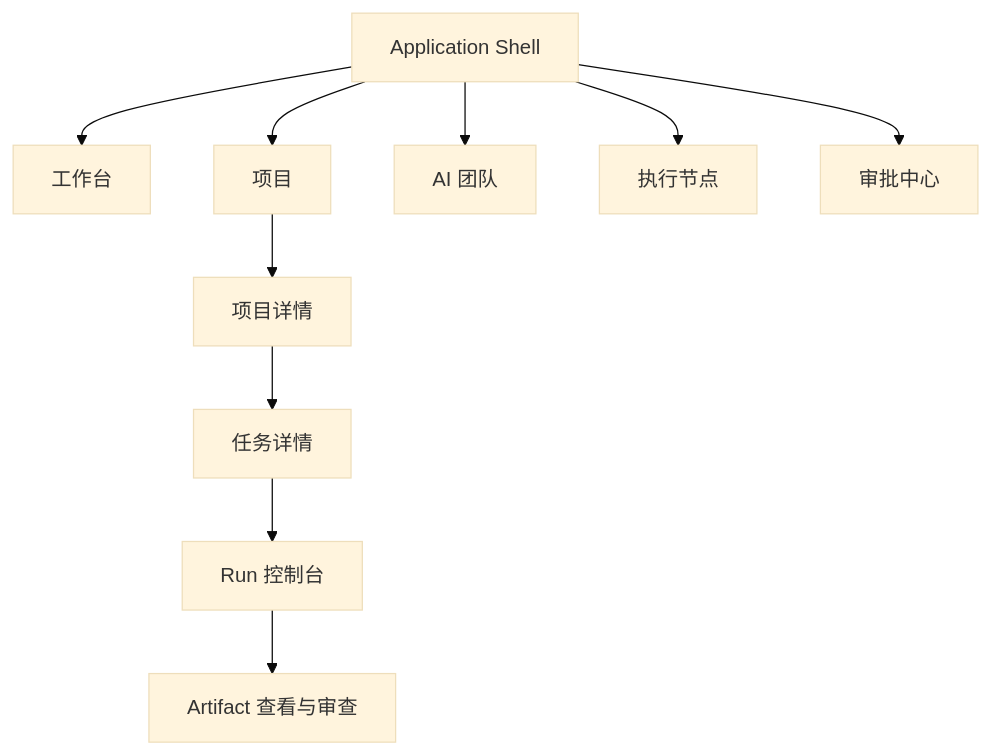
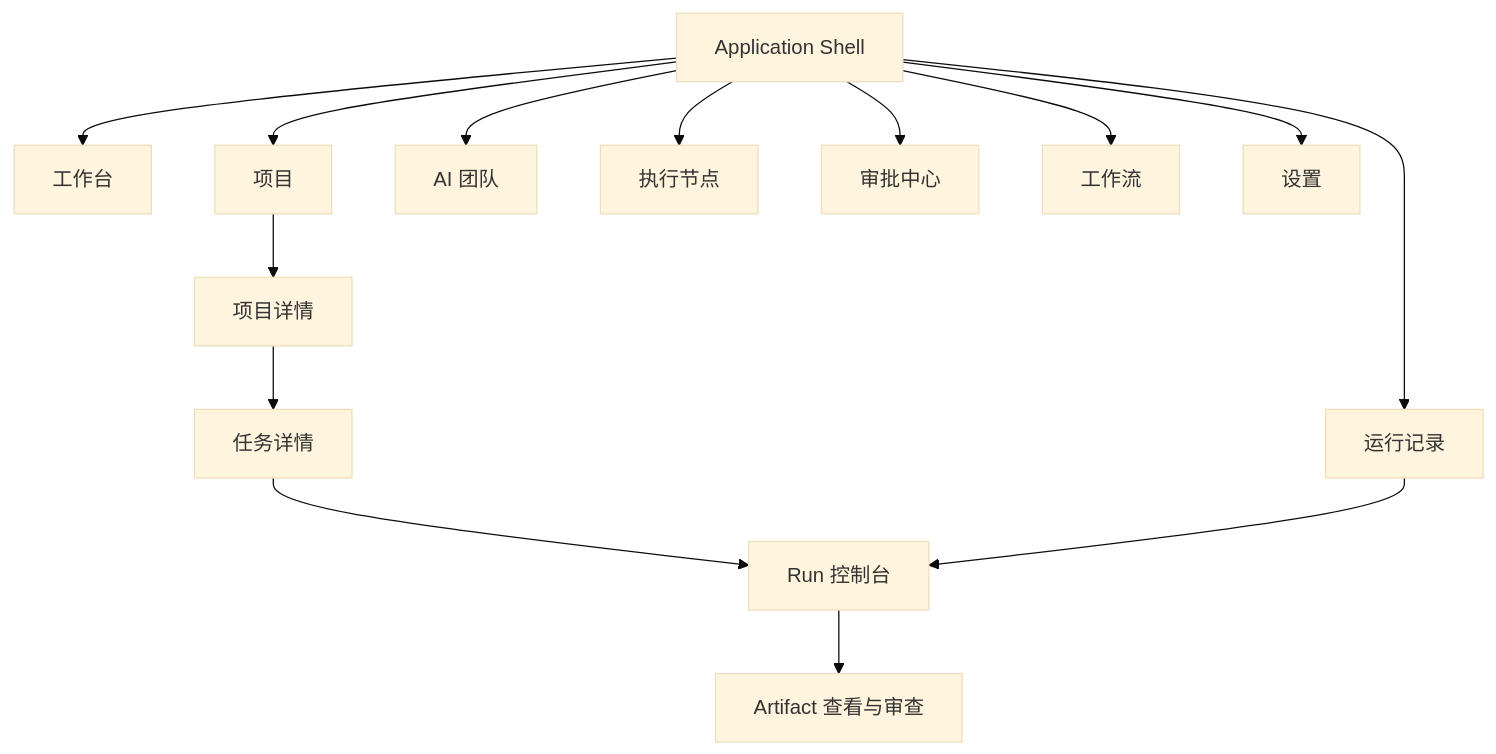
The diagram in docs/product-ui/01-information-architecture.md (nicechencs/workforce), drawn with Mermaid (base theme) before and after one commit. The commit also changed other lines of this file and 19 other files, not shown here.

````diff
--- a/docs/product-ui/01-information-architecture.md
+++ b/docs/product-ui/01-information-architecture.md
@@ -37,12 +45,16 @@
 ```mermaid
 flowchart TD
   Shell[Application Shell] --> Dashboard[工作台]
   Shell --> Projects[项目]
   Shell --> Teams[AI 团队]
   Shell --> Nodes[执行节点]
   Shell --> Approvals[审批中心]
+  Shell --> RunsNav[运行记录]
+  Shell --> Workflows[工作流]
+  Shell --> Settings[设置]
   Projects --> Project[项目详情]
   Project --> Task[任务详情]
   Task --> Run[Run 控制台]
   Run --> Artifact[Artifact 查看与审查]
+  RunsNav --> Run
 ```
````
